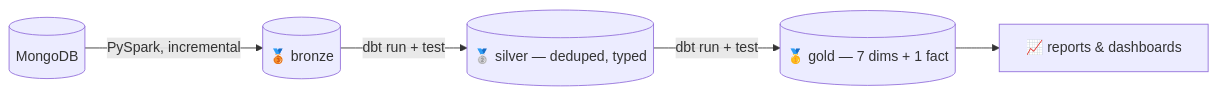
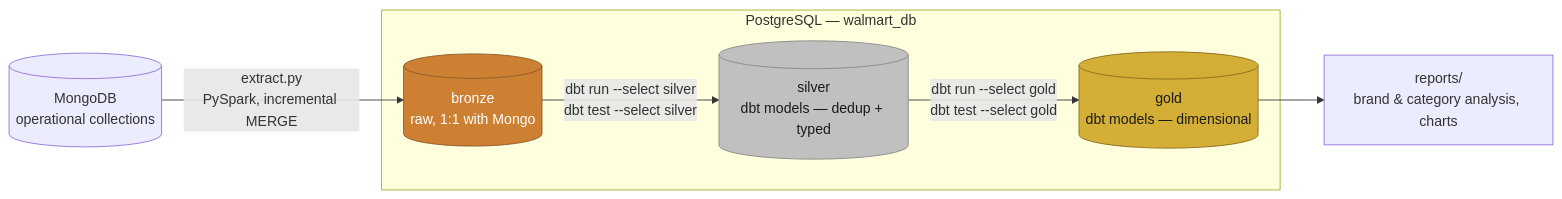
The first of 5 diagrams in README.md (Nitinx12/Walmart_DBT), drawn with Mermaid before and after one commit. The commit also changed other lines of this file, not shown here.

````diff
--- a/README.md
+++ b/README.md
@@ -32,7 +102,21 @@
 ```mermaid
 flowchart LR
-    MONGO[("MongoDB")] -->|"PySpark, incremental"| BRONZE[("🥉 bronze")]
-    BRONZE -->|"dbt run + test"| SILVER[("🥈 silver — deduped, typed")]
-    SILVER -->|"dbt run + test"| GOLD[("🥇 gold — 7 dims + 1 fact")]
-    GOLD --> BI["📈 reports & dashboards"]
+    MONGO[("MongoDB<br/>operational collections")] -->|"extract.py<br/>PySpark, incremental MERGE"| BRONZE
+
+    subgraph PG["PostgreSQL — walmart_db"]
+        BRONZE[("bronze<br/>raw, 1:1 with Mongo")]
+        SILVER[("silver<br/>dbt models — dedup + typed")]
+        GOLD[("gold<br/>dbt models — dimensional")]
+        BRONZE -- "dbt run --select silver<br/>dbt test --select silver" --> SILVER
+        SILVER -- "dbt run --select gold<br/>dbt test --select gold" --> GOLD
+    end
+
+    GOLD --> BI["reports/<br/>brand & category analysis, charts"]
+
+    classDef bronze fill:#CD7F32,color:#fff,stroke:#8b5a2b
+    classDef silver fill:#C0C0C0,color:#1a1a1a,stroke:#888888
+    classDef gold fill:#D4AF37,color:#1a1a1a,stroke:#8a6d1f
+    class BRONZE bronze
+    class SILVER silver
+    class GOLD gold
 ```
````
